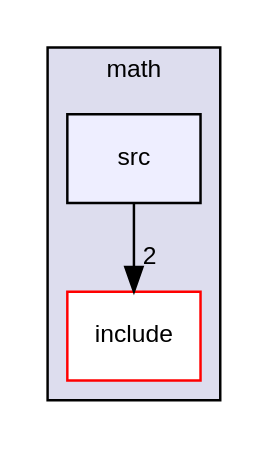
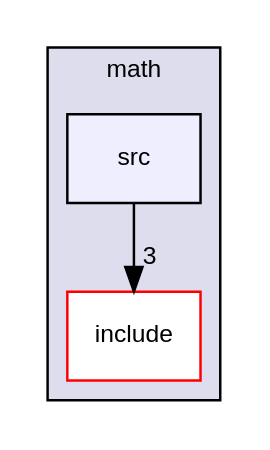
The diagram in docs/dir_771f7333db182dca04d4a001ffeb2ac4_dep.dot (YuruTu/NANA), drawn with Graphviz before and after one commit. The commit also changed 97 other files, not shown here.

```diff
--- a/docs/dir_771f7333db182dca04d4a001ffeb2ac4_dep.dot
+++ b/docs/dir_771f7333db182dca04d4a001ffeb2ac4_dep.dot
@@ -1,11 +1,11 @@
 digraph "NANA/modules/math/src" {
   compound=true
   node [ fontsize="10", fontname="Helvetica"];
   edge [ labelfontsize="10", labelfontname="Helvetica"];
   subgraph clusterdir_b4523354886b5a0c83c88c960c3f222a {
     graph [ bgcolor="#ddddee", pencolor="black", label="math" fontname="Helvetica", fontsize="10", URL="dir_b4523354886b5a0c83c88c960c3f222a.html"]
   dir_ae521b40900f65e001f9918ef6cf05b7 [shape=box label="include" fillcolor="white" style="filled" color="red" URL="dir_ae521b40900f65e001f9918ef6cf05b7.html"];
   dir_771f7333db182dca04d4a001ffeb2ac4 [shape=box, label="src", style="filled", fillcolor="#eeeeff", pencolor="black", URL="dir_771f7333db182dca04d4a001ffeb2ac4.html"];
   }
-  dir_771f7333db182dca04d4a001ffeb2ac4->dir_ae521b40900f65e001f9918ef6cf05b7 [headlabel="2", labeldistance=1.5 headhref="dir_000022_000020.html"];
+  dir_771f7333db182dca04d4a001ffeb2ac4->dir_ae521b40900f65e001f9918ef6cf05b7 [headlabel="3", labeldistance=1.5 headhref="dir_000022_000020.html"];
 }
```
